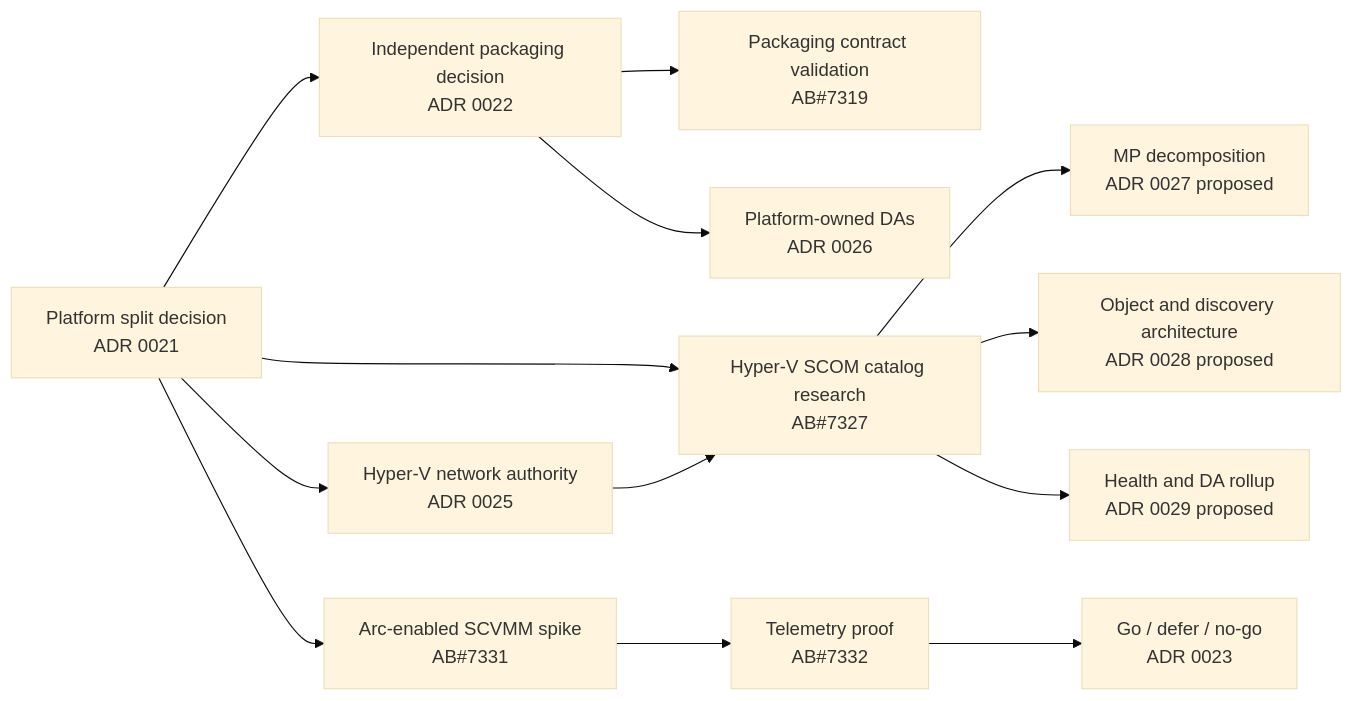
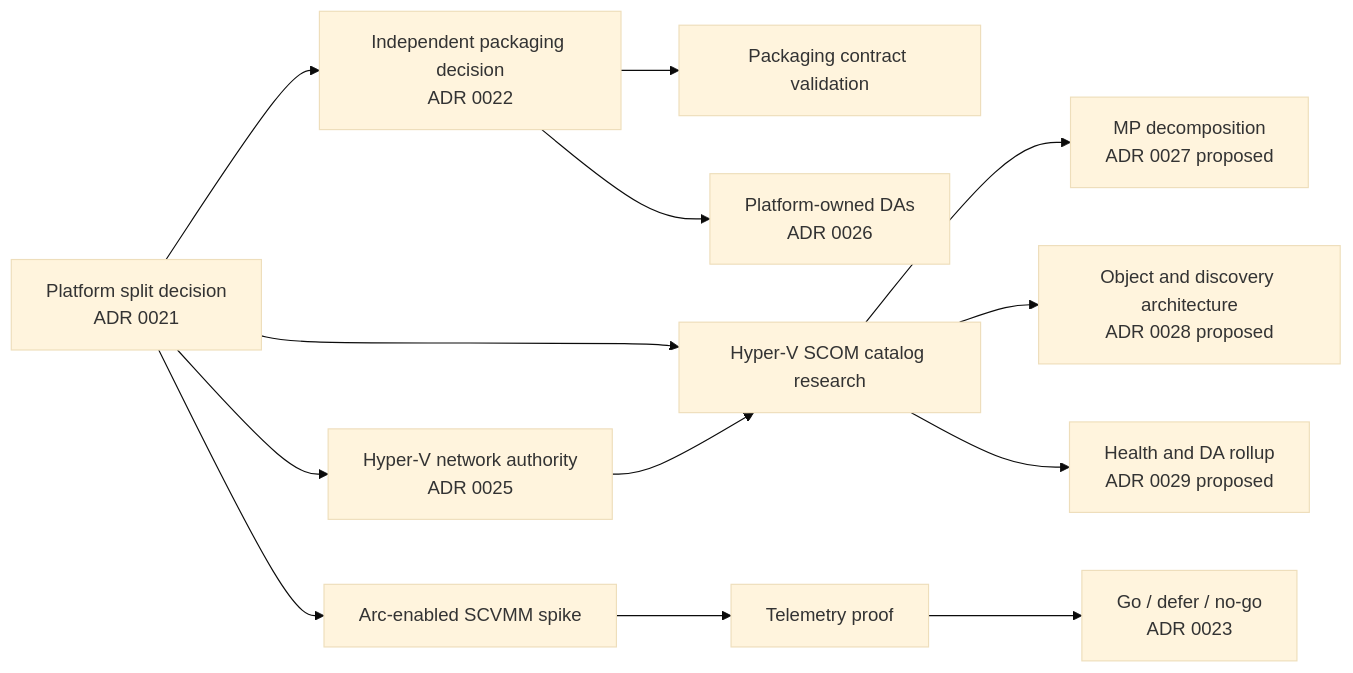
Before and after one commit to AzureLocal/azurelocal-scom-mp: the diagram in docs/design/research-spikes.md, drawn with Mermaid (base theme). The commit also changed other lines of this file and 53 other files, not shown here.

````diff
--- a/docs/design/research-spikes.md
+++ b/docs/design/research-spikes.md
@@ -19,15 +19,15 @@
 ```mermaid
 flowchart LR
     P[Platform split decision<br/>ADR 0021] --> Pkg[Independent packaging decision<br/>ADR 0022]
-    Pkg --> S1[Packaging contract validation<br/>AB#7319]
+    Pkg --> S1[Packaging contract validation]
     Pkg --> DA[Platform-owned DAs<br/>ADR 0026]
-    P --> S2[Hyper-V SCOM catalog research<br/>AB#7327]
+    P --> S2[Hyper-V SCOM catalog research]
     P --> Net[Hyper-V network authority<br/>ADR 0025]
     Net --> S2
     S2 --> MP[MP decomposition<br/>ADR 0027 proposed]
     S2 --> OBJ[Object and discovery architecture<br/>ADR 0028 proposed]
     S2 --> HEALTH[Health and DA rollup<br/>ADR 0029 proposed]
-    P --> S3[Arc-enabled SCVMM spike<br/>AB#7331]
-    S3 --> S4[Telemetry proof<br/>AB#7332]
+    P --> S3[Arc-enabled SCVMM spike]
+    S3 --> S4[Telemetry proof]
     S4 --> Arc[Go / defer / no-go<br/>ADR 0023]
 ```
````
